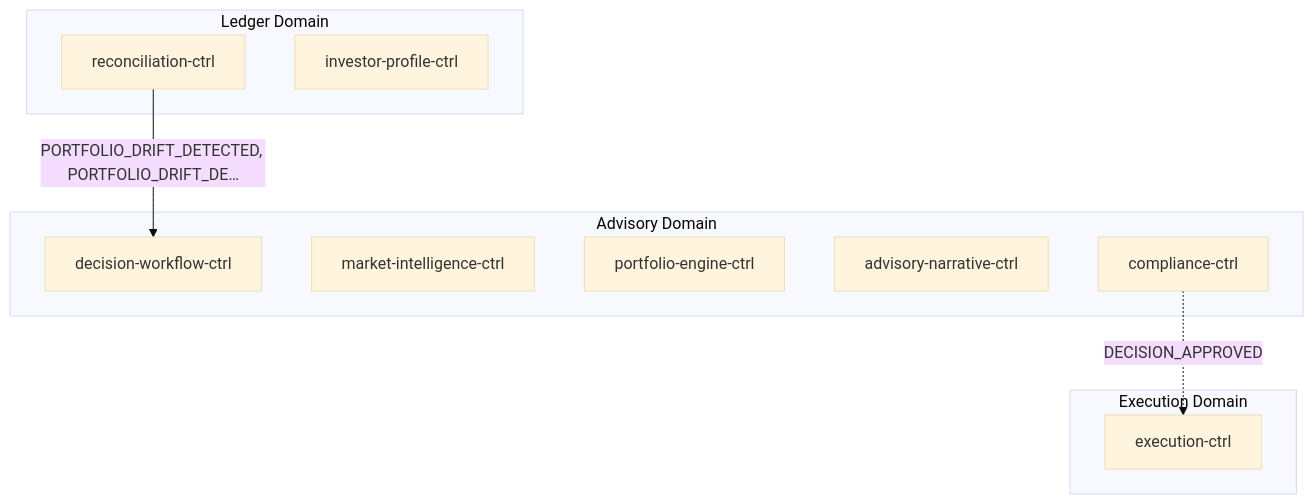
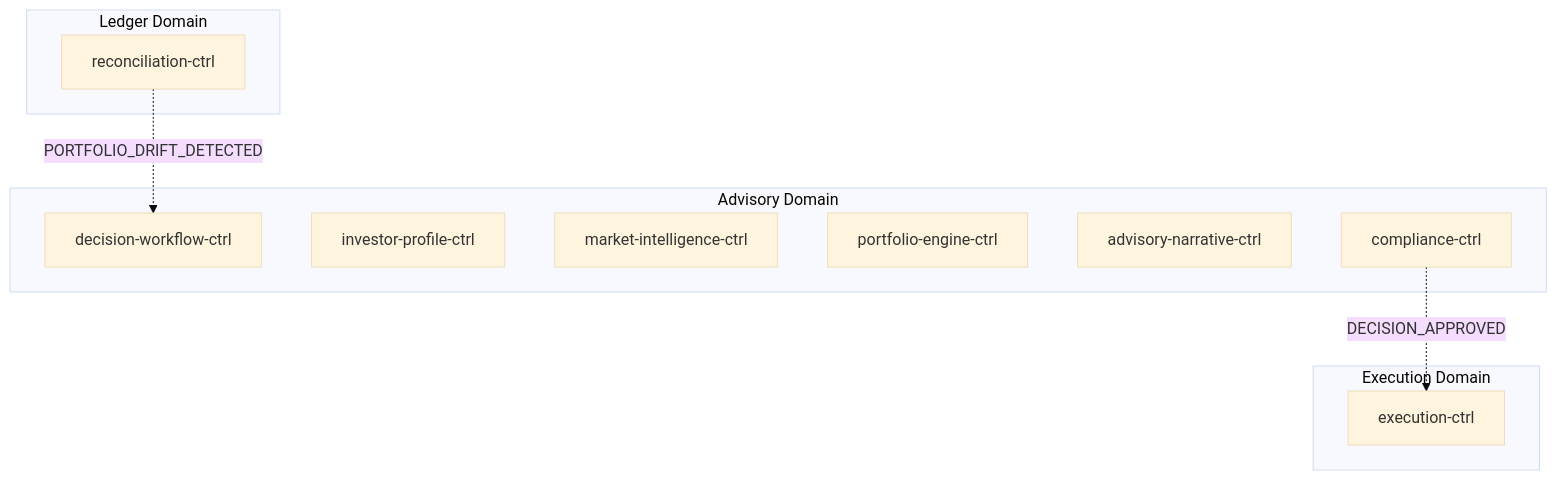
Before and after one commit to fabio-vitali/nestfolio: the first of 2 diagrams in docs/data-flows/portfolio-rebalance.md, drawn with Mermaid (base theme). The commit also changed other lines of this file and 25 other files, not shown here.

First line of the commit message:
docs(data-flows): sync flow specs to code + harden generator

````diff
--- a/docs/data-flows/portfolio-rebalance.md
+++ b/docs/data-flows/portfolio-rebalance.md
@@ -11,19 +11,19 @@
 ```mermaid
 flowchart TD
     subgraph ledger["Ledger Domain"]
         reconciliation_ctrl["reconciliation-ctrl"]
-        investor_profile_ctrl["investor-profile-ctrl"]
     end
     subgraph advisory["Advisory Domain"]
         decision_workflow_ctrl["decision-workflow-ctrl"]
+        investor_profile_ctrl["investor-profile-ctrl"]
         market_intelligence_ctrl["market-intelligence-ctrl"]
         portfolio_engine_ctrl["portfolio-engine-ctrl"]
         advisory_narrative_ctrl["advisory-narrative-ctrl"]
         compliance_ctrl["compliance-ctrl"]
     end
     subgraph execution["Execution Domain"]
         execution_ctrl["execution-ctrl"]
     end
-    reconciliation_ctrl -->|"PORTFOLIO_DRIFT_DETECTED, PORTFOLIO_DRIFT_DE…"| decision_workflow_ctrl
+    reconciliation_ctrl -.->|"PORTFOLIO_DRIFT_DETECTED"| decision_workflow_ctrl
     compliance_ctrl -.->|"DECISION_APPROVED"| execution_ctrl
 ```
````
